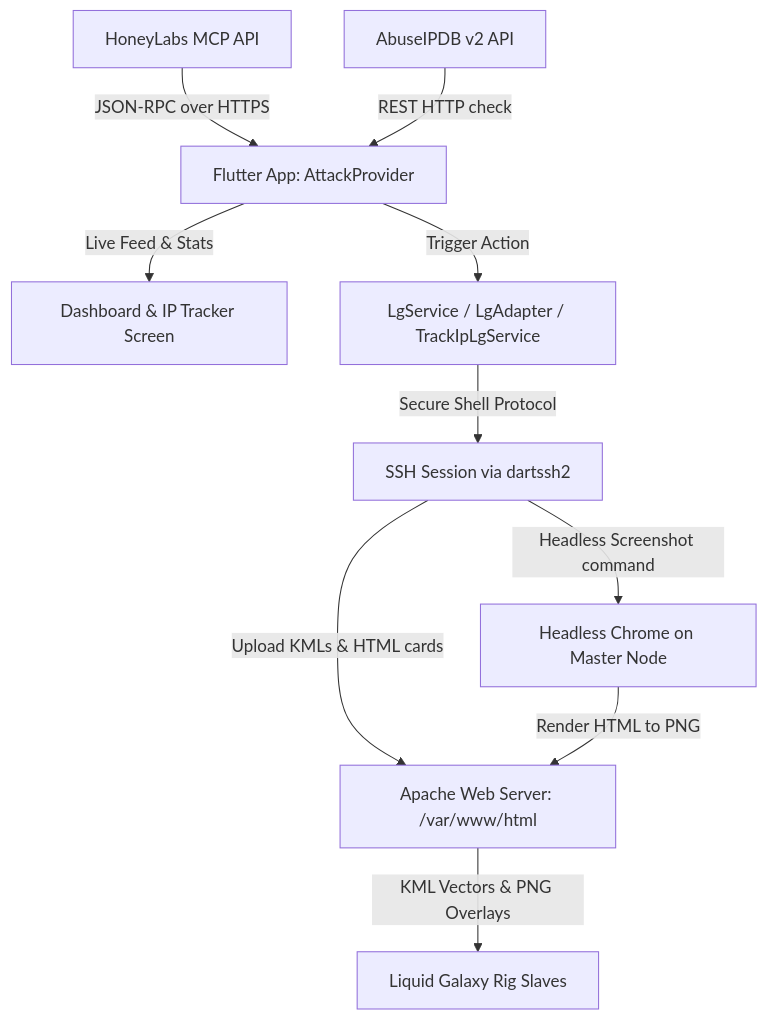
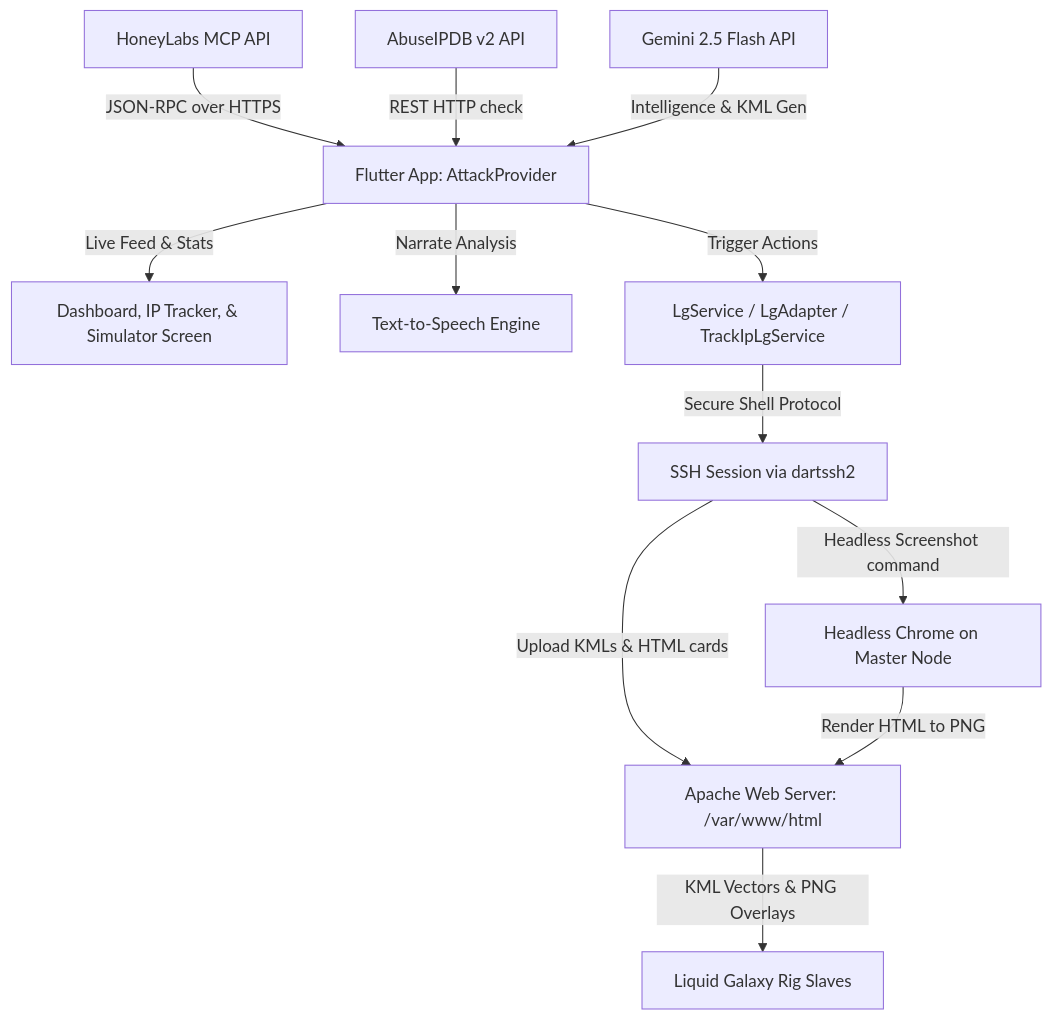
One commit to graniteviper/CyberVisualiser changed the diagram in README.md. Above: the diagram before and after it, drawn with Mermaid. The commit also changed other lines of this file, not shown here.

Commit message:
feat(docs): Updating readme with updated app features and installation procedures

````diff
--- a/README.md
+++ b/README.md
@@ -9,21 +11,23 @@
 ```mermaid
 graph TD
     %% Source APIs
     HoneyLabs[HoneyLabs MCP API] -->|JSON-RPC over HTTPS| AppController[Flutter App: AttackProvider]
     AbuseIPDB[AbuseIPDB v2 API] -->|REST HTTP check| AppController
+    Gemini[Gemini 2.5 Flash API] -->|Intelligence & KML Gen| AppController
     
     %% UI Layer
-    AppController -->|Live Feed & Stats| UI[Dashboard & IP Tracker Screen]
+    AppController -->|Live Feed & Stats| UI[Dashboard, IP Tracker, & Simulator Screen]
+    AppController -->|Narrate Analysis| TTS[Text-to-Speech Engine]
     
     %% SSH Controller
-    AppController -->|Trigger Action| LgService[LgService / LgAdapter / TrackIpLgService]
+    AppController -->|Trigger Actions| LgService[LgService / LgAdapter / TrackIpLgService]
     LgService -->|Secure Shell Protocol| SSH[SSH Session via dartssh2]
     
     %% Liquid Galaxy System
     SSH -->|Upload KMLs & HTML cards| Apache[Apache Web Server: /var/www/html]
     SSH -->|Headless Screenshot command| Chrome[Headless Chrome on Master Node]
     Chrome -->|Render HTML to PNG| Apache
     
     %% Display Nodes
     Apache -->|KML Vectors & PNG Overlays| LG[Liquid Galaxy Rig Slaves]
 ```
````
